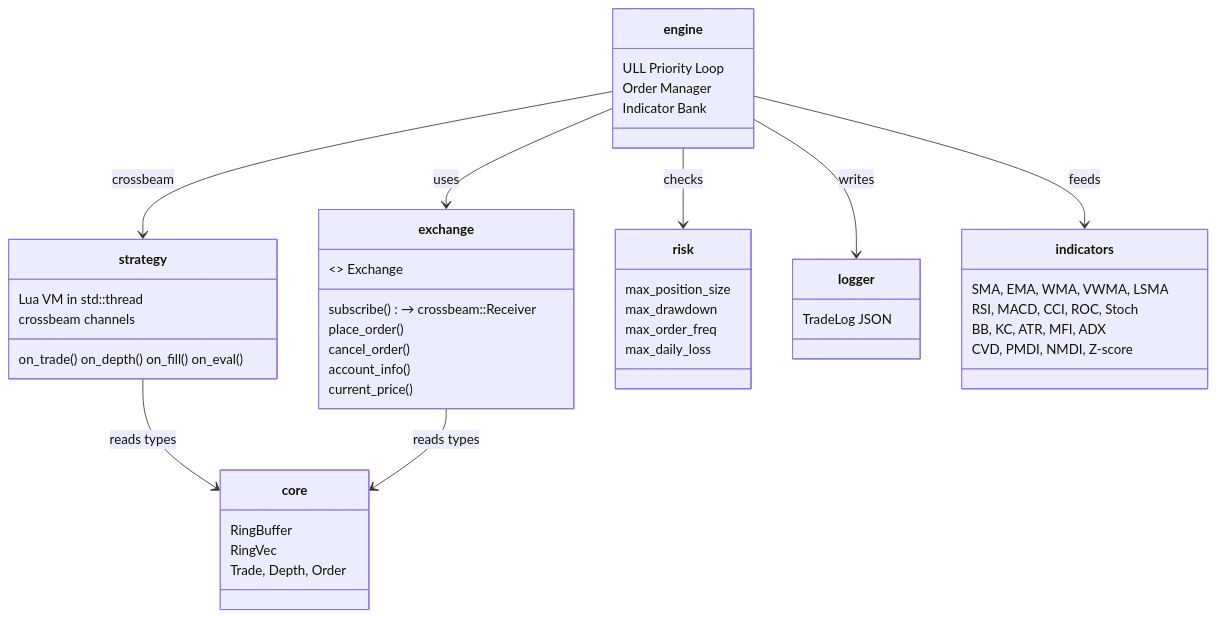
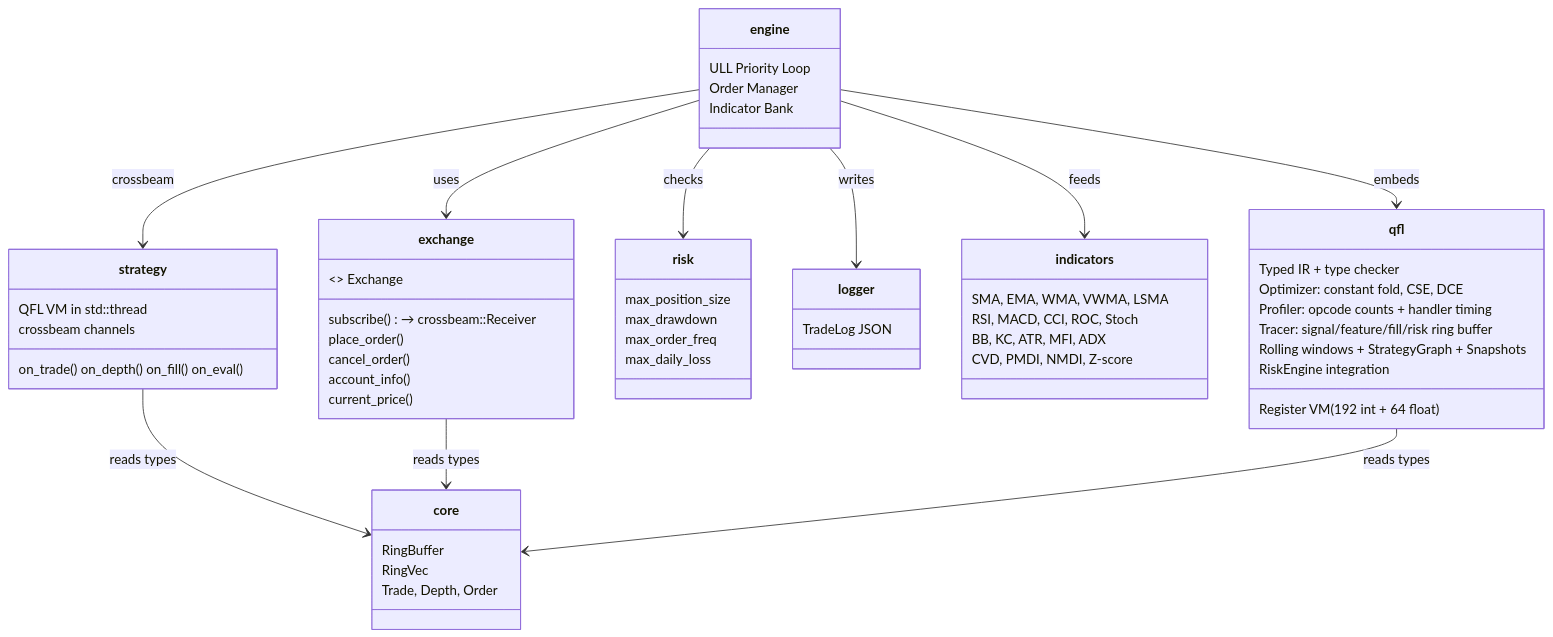
One commit to 0xitsss/quince changed the third of 3 diagrams in README.md. Above: the diagram before and after it, drawn with Mermaid. The commit also changed other lines of this file and 15 other files, not shown here.

First line of the commit message:
Phase 4e: Tracing — signal/feature/fill/risk trace log (v0.3.6)

````diff
--- a/README.md
+++ b/README.md
@@ -99,49 +114,60 @@
 ```mermaid
 classDiagram
     class core {
         RingBuffer
         RingVec
         Trade, Depth, Order
     }
     class exchange {
         <<interface>> Exchange
         subscribe() → crossbeam::Receiver
         place_order()
         cancel_order()
         account_info()
         current_price()
     }
     class strategy {
-        Lua VM in std::thread
+        QFL VM in std::thread
         crossbeam channels
         on_trade() on_depth() on_fill() on_eval()
     }
     class engine {
         ULL Priority Loop
         Order Manager
         Indicator Bank
     }
     class risk {
         max_position_size
         max_drawdown
         max_order_freq
         max_daily_loss
     }
     class logger {
         TradeLog JSON
     }
     class indicators {
         SMA, EMA, WMA, VWMA, LSMA
         RSI, MACD, CCI, ROC, Stoch
         BB, KC, ATR, MFI, ADX
         CVD, PMDI, NMDI, Z-score
     }
+    class qfl {
+        Register VM (192 int + 64 float)
+        Typed IR + type checker
+        Optimizer: constant fold, CSE, DCE
+        Profiler: opcode counts + handler timing
+        Tracer: signal/feature/fill/risk ring buffer
+        Rolling windows + StrategyGraph + Snapshots
+        RiskEngine integration
+    }
 
     engine --> exchange : uses
     engine --> strategy : crossbeam
     engine --> risk : checks
     engine --> logger : writes
     engine --> indicators : feeds
+    engine --> qfl : embeds
     strategy --> core : reads types
     exchange --> core : reads types
+    qfl --> core : reads types
 ```
````
